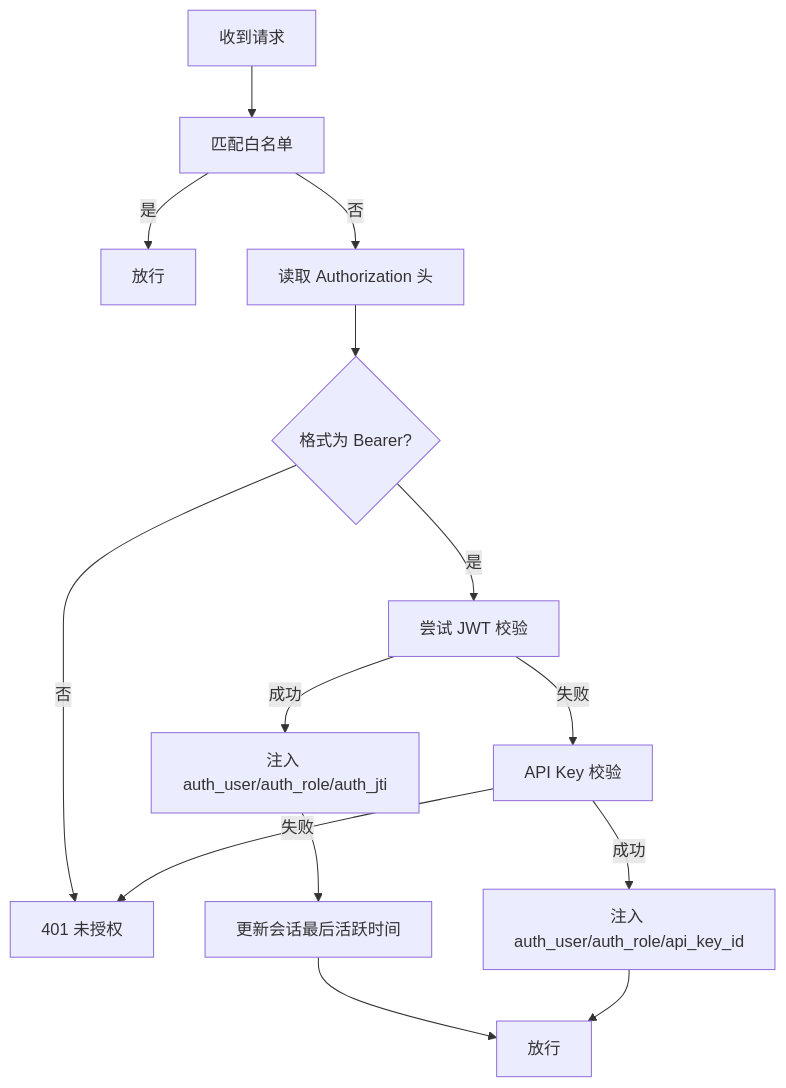
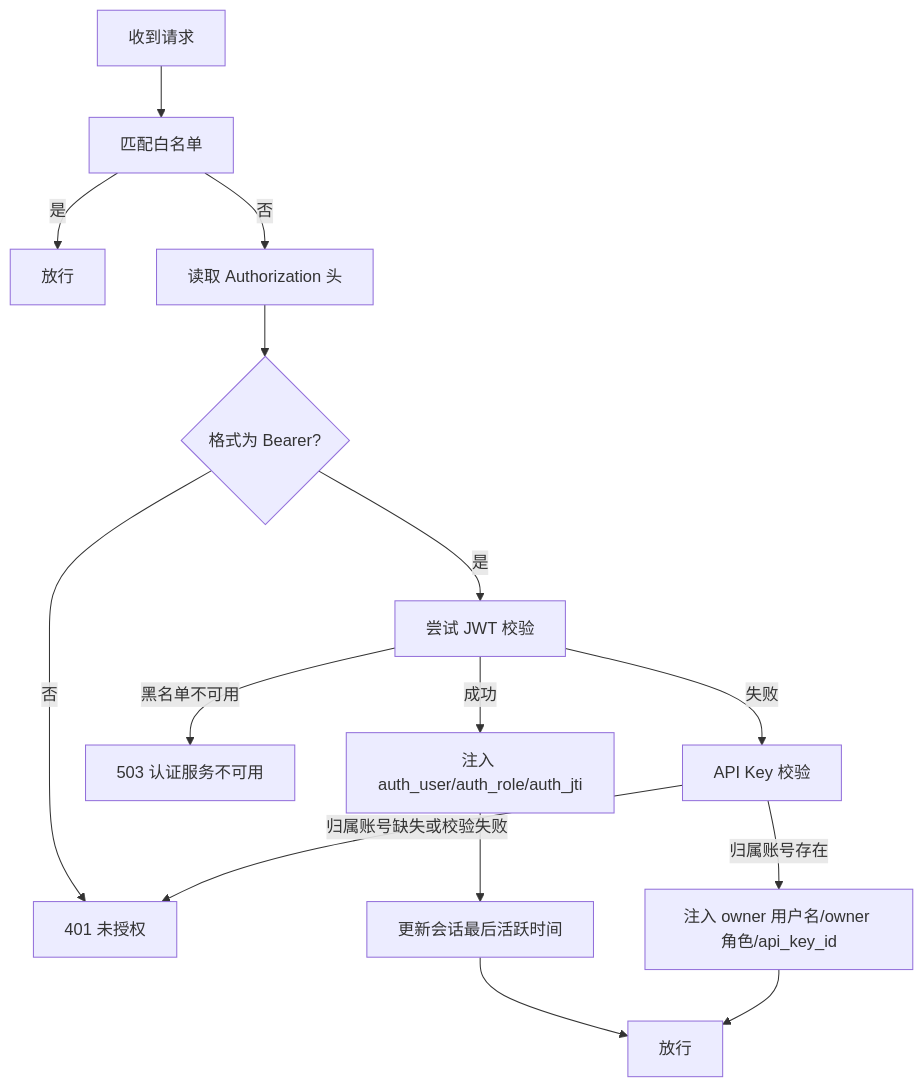
Before and after one commit to x01n/My-OpenWaf: the fifth of 11 diagrams in docs/安全机制/会话管理.md, drawn with Mermaid. The commit also changed other lines of this file and 622 other files, not shown here.

````diff
--- a/docs/安全机制/会话管理.md
+++ b/docs/安全机制/会话管理.md
@@ -206,13 +257,14 @@
 ```mermaid
 flowchart TD
 A["收到请求"] --> B["匹配白名单"]
 B --> |是| C["放行"]
 B --> |否| D["读取 Authorization 头"]
 D --> E{"格式为 Bearer?"}
 E --> |否| F["401 未授权"]
 E --> |是| G["尝试 JWT 校验"]
 G --> |成功| H["注入 auth_user/auth_role/auth_jti"] --> I["更新会话最后活跃时间"] --> J["放行"]
+G --> |黑名单不可用| Z["503 认证服务不可用"]
 G --> |失败| K["API Key 校验"]
-K --> |成功| L["注入 auth_user/auth_role/api_key_id"] --> J
-K --> |失败| F
+K --> |归属账号存在| L["注入 owner 用户名/owner 角色/api_key_id"] --> J
+K --> |归属账号缺失或校验失败| F
 ```
````
